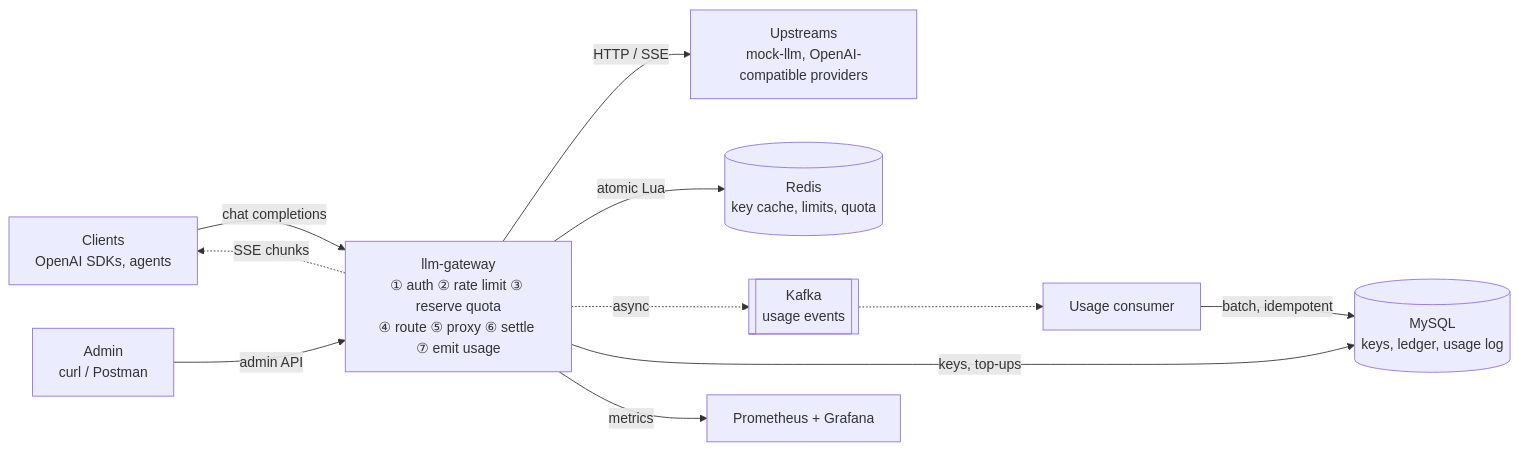
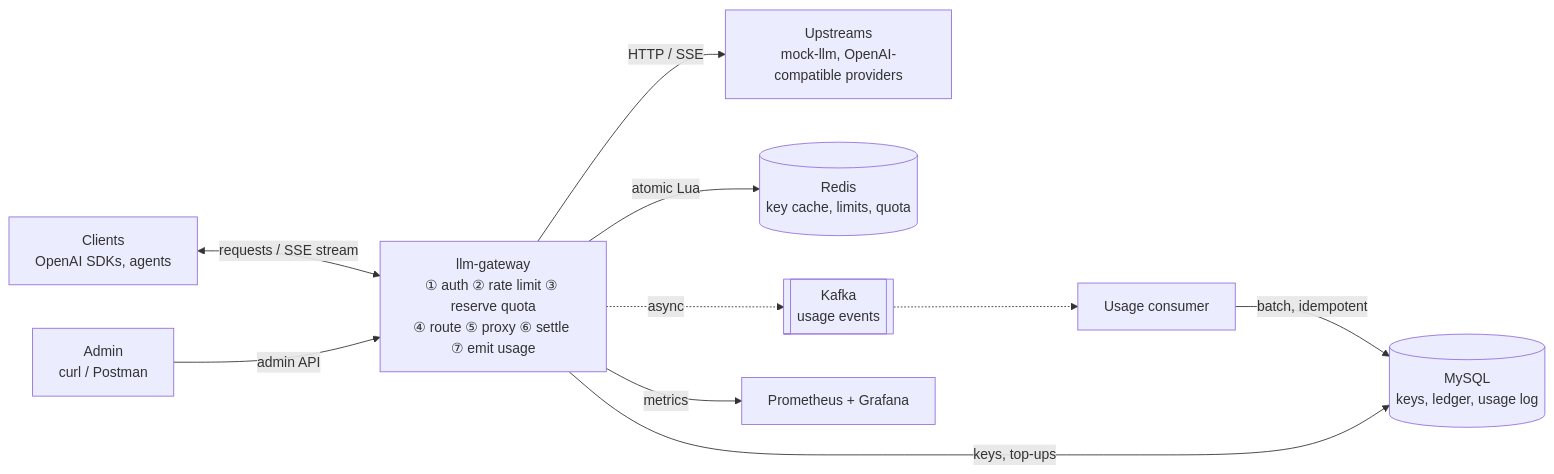
The diagram in README.md (vokyo/llm-gateway), drawn with Mermaid before and after one commit.

Commit message:
docs: keep clients on the left of the architecture diagram

````diff
--- a/README.md
+++ b/README.md
@@ -29,23 +29,22 @@
 ```mermaid
 flowchart LR
     clients["Clients<br/>OpenAI SDKs, agents"]
     admin["Admin<br/>curl / Postman"]
     gw["llm-gateway<br/>① auth ② rate limit ③ reserve quota<br/>④ route ⑤ proxy ⑥ settle ⑦ emit usage"]
     upstreams["Upstreams<br/>mock-llm, OpenAI-compatible providers"]
     redis[("Redis<br/>key cache, limits, quota")]
     kafka[["Kafka<br/>usage events"]]
     consumer["Usage consumer"]
     mysql[("MySQL<br/>keys, ledger, usage log")]
     metrics["Prometheus + Grafana"]
 
-    clients -->|"chat completions"| gw
-    gw -.->|"SSE chunks"| clients
+    clients <-->|"requests / SSE stream"| gw
     admin -->|"admin API"| gw
     gw -->|"HTTP / SSE"| upstreams
     gw -->|"atomic Lua"| redis
     gw -.->|"async"| kafka
     kafka -.-> consumer
     consumer -->|"batch, idempotent"| mysql
     gw -->|"keys, top-ups"| mysql
     gw -->|"metrics"| metrics
 ```
````
